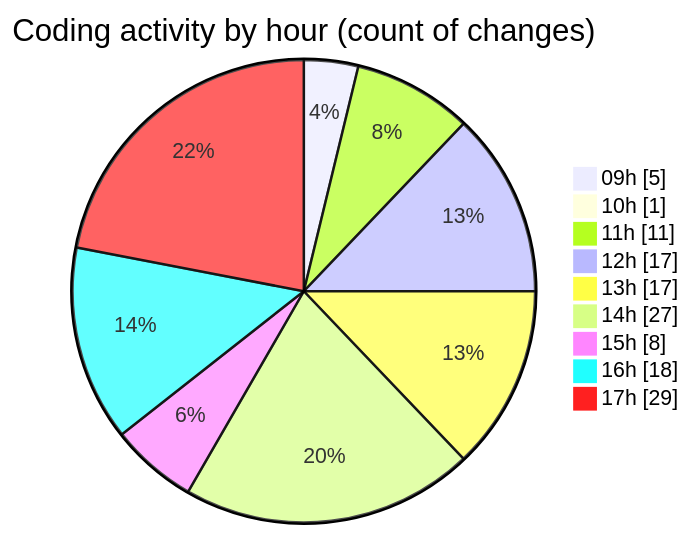
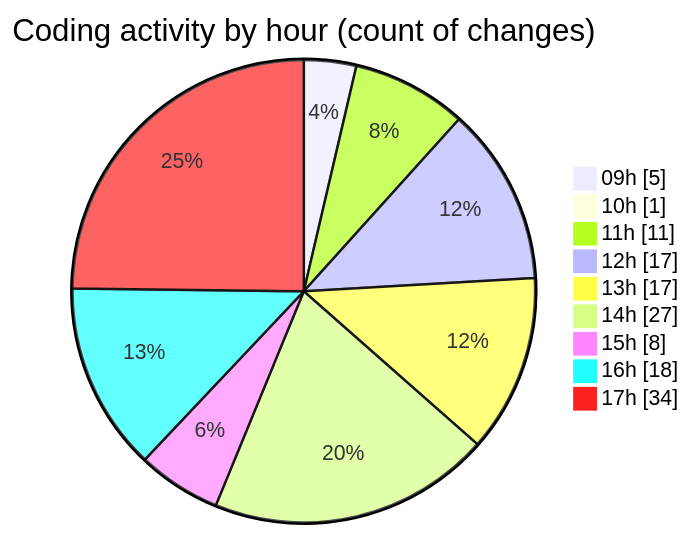
The second of 2 diagrams in 2025-09-04/cda/README.md (momahboobian/code-tracking), drawn with Mermaid before and after one commit. The commit also changed other lines of this file and 1 other file, not shown here.

````diff
--- a/2025-09-04/cda/README.md
+++ b/2025-09-04/cda/README.md
@@ -42,13 +42,13 @@
 ```mermaid
 pie showData
 title Coding activity by hour (count of changes)
 "09h" : 5
 "10h" : 1
 "11h" : 11
 "12h" : 17
 "13h" : 17
 "14h" : 27
 "15h" : 8
 "16h" : 18
-"17h" : 29
+"17h" : 34
 ```
````
